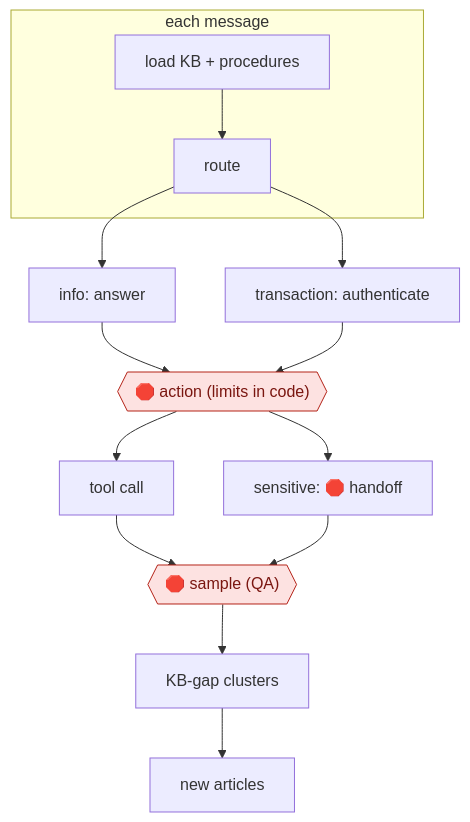
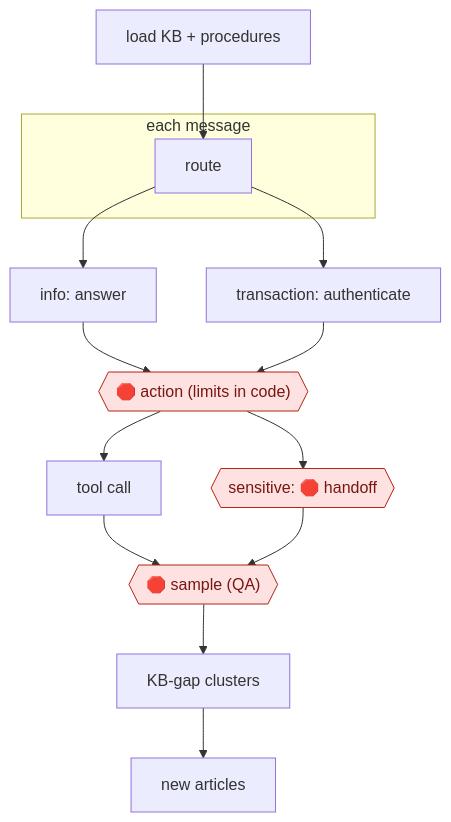
One commit to milesradford99/agent-workflow-atlas changed the diagram in workflows/COM/CSX/RESOLVE/procedure-agent/README.md. Above: the diagram before and after it, drawn with Mermaid. The commit also changed 171 other files, not shown here.

````diff
--- a/workflows/COM/CSX/RESOLVE/procedure-agent/README.md
+++ b/workflows/COM/CSX/RESOLVE/procedure-agent/README.md
@@ -29,27 +29,27 @@
 ```mermaid
 flowchart TD
   n1["load KB + procedures"]
   subgraph s2["each message"]
   n3["route"]
-  n1 --> n3
   end
   n4["info: answer"]
+  n5["transaction: authenticate"]
+  n6{{"🛑 action (limits in code)"}}:::stop
+  n7["tool call"]
+  n8{{"sensitive: 🛑 handoff"}}:::stop
+  n9{{"🛑 sample (QA)"}}:::stop
+  n10["KB-gap clusters"]
+  n11["new articles"]
+  n1 --> n3
   n3 --> n4
-  n5["transaction: authenticate"]
   n3 --> n5
-  n6{{"🛑 action (limits in code)"}}:::stop
   n4 --> n6
   n5 --> n6
-  n7["tool call"]
   n6 --> n7
-  n8["sensitive: 🛑 handoff"]
   n6 --> n8
-  n9{{"🛑 sample (QA)"}}:::stop
   n7 --> n9
   n8 --> n9
-  n10["KB-gap clusters"]
   n9 --> n10
-  n11["new articles"]
   n10 --> n11
   classDef stop fill:#fde2e1,stroke:#b42318,color:#7a1610
 ```
````
